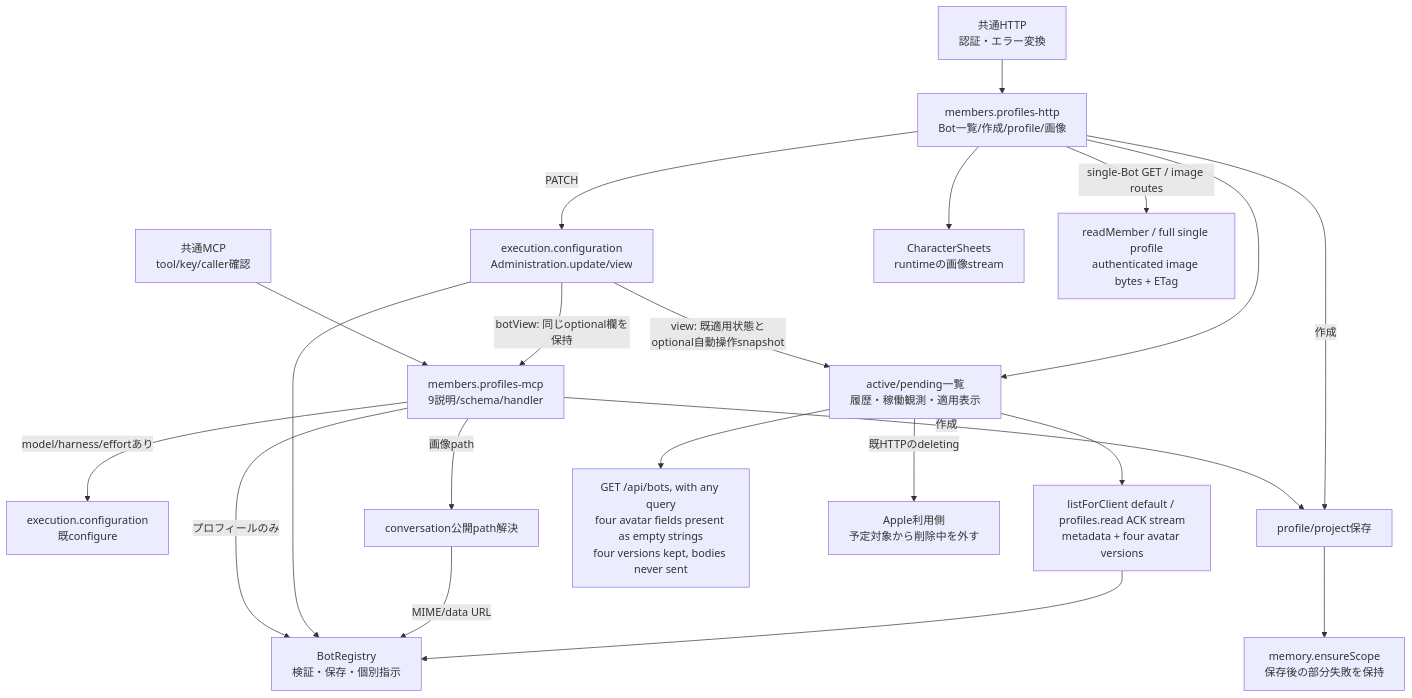
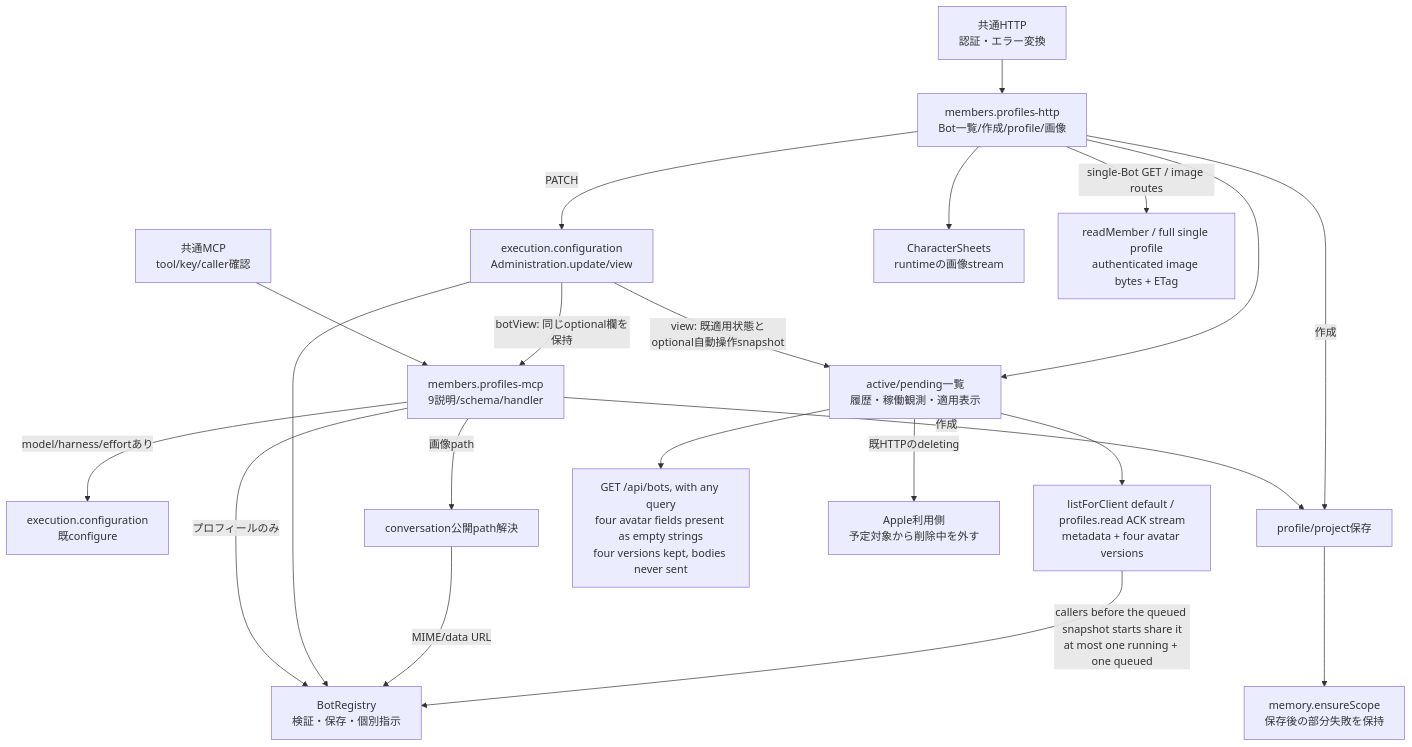
One commit to kitepon/BellTeam changed the diagram in docs/architecture/modules/members/profiles.md. Above: the diagram before and after it, drawn with Mermaid. The commit also changed other lines of this file and 4 other files, not shown here.

First line of the commit message:
fix(members): concurrent reads share one queued snapshot; a newer snapshot supersedes an abandoned one

````diff
--- a/docs/architecture/modules/members/profiles.md
+++ b/docs/architecture/modules/members/profiles.md
@@ -5,23 +5,23 @@
 ```mermaid
 flowchart TD
   Mcp["共通MCP<br/>tool/key/caller確認"] --> Tools["members.profiles-mcp<br/>9説明/schema/handler"]
   Http["共通HTTP<br/>認証・エラー変換"] --> Profile["members.profiles-http<br/>Bot一覧/作成/profile/画像"]
   Tools -->|"プロフィールのみ"| Registry["BotRegistry<br/>検証・保存・個別指示"]
   Tools -->|"model/harness/effortあり"| Configure["execution.configuration<br/>既configure"]
   Profile -->|"PATCH"| Admin["execution.configuration<br/>Administration.update/view"]
   Admin --> Registry
   Admin -->|"view: 既適用状態とoptional自動操作snapshot"| Listing
   Admin -->|"botView: 同じoptional欄を保持"| Tools
   Tools -->|"画像path"| Image["conversation公開path解決"]
   Image -->|"MIME/data URL"| Registry
   Tools -->|"作成"| Create["profile/project保存"]
   Profile -->|"作成"| Create
   Create --> Memory["memory.ensureScope<br/>保存後の部分失敗を保持"]
   Profile --> Sheet["CharacterSheets<br/>runtimeの画像stream"]
   Listing --> Snapshot["listForClient default / profiles.read ACK stream<br/>metadata + four avatar versions"]
-  Snapshot --> Registry
+  Snapshot -->|"callers before the queued snapshot starts share it<br/>at most one running + one queued"| Registry
   Profile --> Listing["active/pending一覧<br/>履歴・稼働観測・適用表示"]
   Listing --> Wire["GET /api/bots, with any query<br/>four avatar fields present as empty strings<br/>four versions kept, bodies never sent"]
   Profile -->|"single-Bot GET / image routes"| Detail["readMember / full single profile<br/>authenticated image bytes + ETag"]
   Listing -->|"既HTTPのdeleting"| Apple["Apple利用側<br/>予定対象から削除中を外す"]
 ```
````
